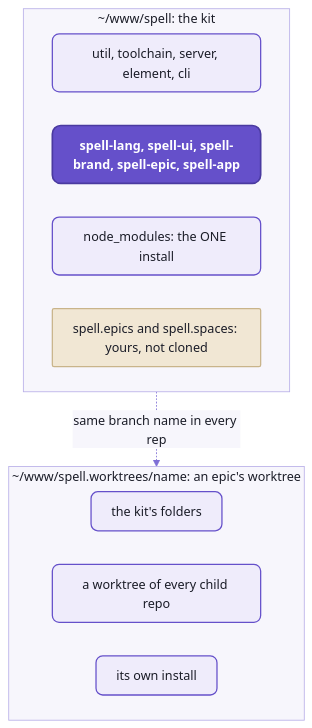
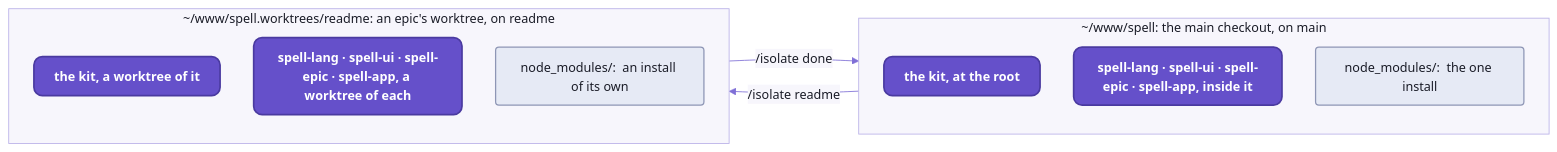
One commit to spell-app/spell changed the first of 2 diagrams in README-development.md. Above: the diagram before and after it, drawn with Mermaid. The commit also changed other lines of this file and 12 other files, not shown here.

````diff
--- a/README-development.md
+++ b/README-development.md
@@ -12,22 +258,22 @@
 ```mermaid
 %%{init: {"theme":"base","themeVariables":{"fontFamily":"-apple-system, BlinkMacSystemFont, Segoe UI, Helvetica, Arial, sans-serif","fontSize":"15px","primaryColor":"#EFECFB","primaryBorderColor":"#6550CA","primaryTextColor":"#1A1C27","secondaryColor":"#F4F1E9","tertiaryColor":"#F7F6FC","lineColor":"#7F6FD6","textColor":"#7F6FD6","clusterBkg":"#F7F6FC","clusterBorder":"#B9B0E8","titleColor":"#1A1C27","edgeLabelBackground":"#F7F6FC","actorBkg":"#EFECFB","actorBorder":"#6550CA","actorTextColor":"#1A1C27","actorLineColor":"#9C90DE","signalColor":"#7F6FD6","signalTextColor":"#7F6FD6","labelBoxBkgColor":"#EFECFB","labelBoxBorderColor":"#6550CA","labelTextColor":"#1A1C27","loopTextColor":"#7F6FD6","noteBkgColor":"#F1E7D4","noteBorderColor":"#C9B48A","noteTextColor":"#1A1C27","activationBkgColor":"#DCD6F7","activationBorderColor":"#6550CA","sequenceNumberColor":"#FFFFFF"},"flowchart":{"curve":"basis","padding":12,"nodeSpacing":40,"rankSpacing":44}}}%%
-flowchart TB
-  subgraph kit["~/www/spell: the kit"]
-    folders["util, toolchain, server, element, cli"]
-    children["spell-lang, spell-ui, spell-brand, spell-epic, spell-app"]
-    nm["node_modules: the ONE install"]
-    data["spell.epics and spell.spaces: yours, not cloned"]
+flowchart LR
+  subgraph main["~/www/spell:  the main checkout, on main"]
+    kit1["the kit, at the root"]
+    kids1["spell-lang · spell-ui · spell-epic · spell-app, inside it"]
+    nm1["node_modules/:  the one install"]
   end
-  subgraph wt["~/www/spell.worktrees/name: an epic's worktree"]
-    wfolders["the kit's folders"]
-    wchildren["a worktree of every child repo"]
-    wnm["its own install"]
+  subgraph wt["~/www/spell.worktrees/readme:  an epic's worktree, on readme"]
+    kit2["the kit, a worktree of it"]
+    kids2["spell-lang · spell-ui · spell-epic · spell-app, a worktree of each"]
+    nm2["node_modules/:  an install of its own"]
   end
-  kit -.same branch name in every repo.-> wt
+  main -- "/isolate readme" --> wt
+  wt -- "/isolate done" --> main
   %% the Spell look:  yarn mermaid:pretty
   classDef default fill:#EFECFB,stroke:#6550CA,stroke-width:1.5px,color:#1A1C27,rx:8px,ry:8px
   classDef repo fill:#6550CA,stroke:#4A3AA0,stroke-width:2px,color:#FFFFFF,rx:10px,ry:10px,font-weight:600
-  classDef data fill:#F1E7D4,stroke:#C9B48A,stroke-width:1.5px,color:#1A1C27,rx:2px,ry:2px
-  class children repo
-  class data data
+  classDef folder fill:#E6EAF5,stroke:#8E96B5,stroke-width:1.5px,color:#1A1C27,rx:4px,ry:4px
+  class kit1,kids1,kit2,kids2 repo
+  class nm1,nm2 folder
 ```
````
